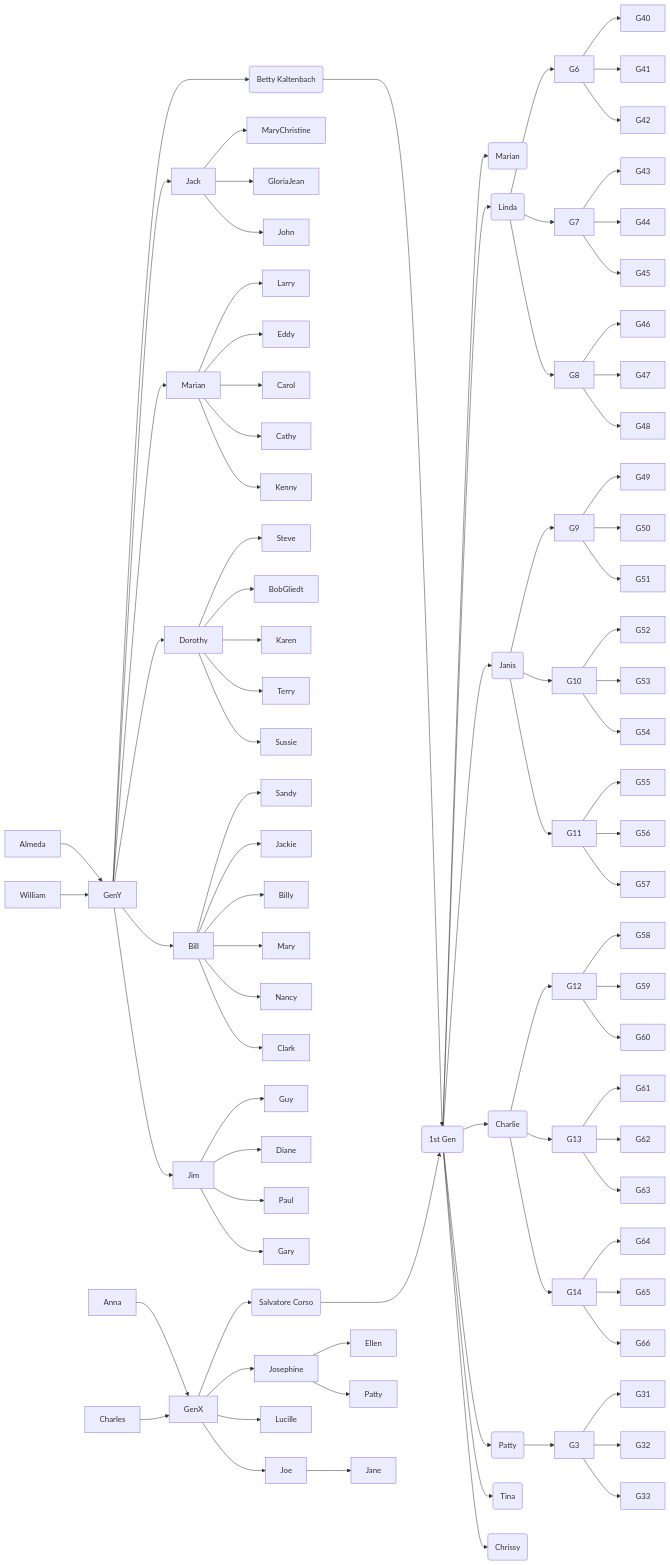
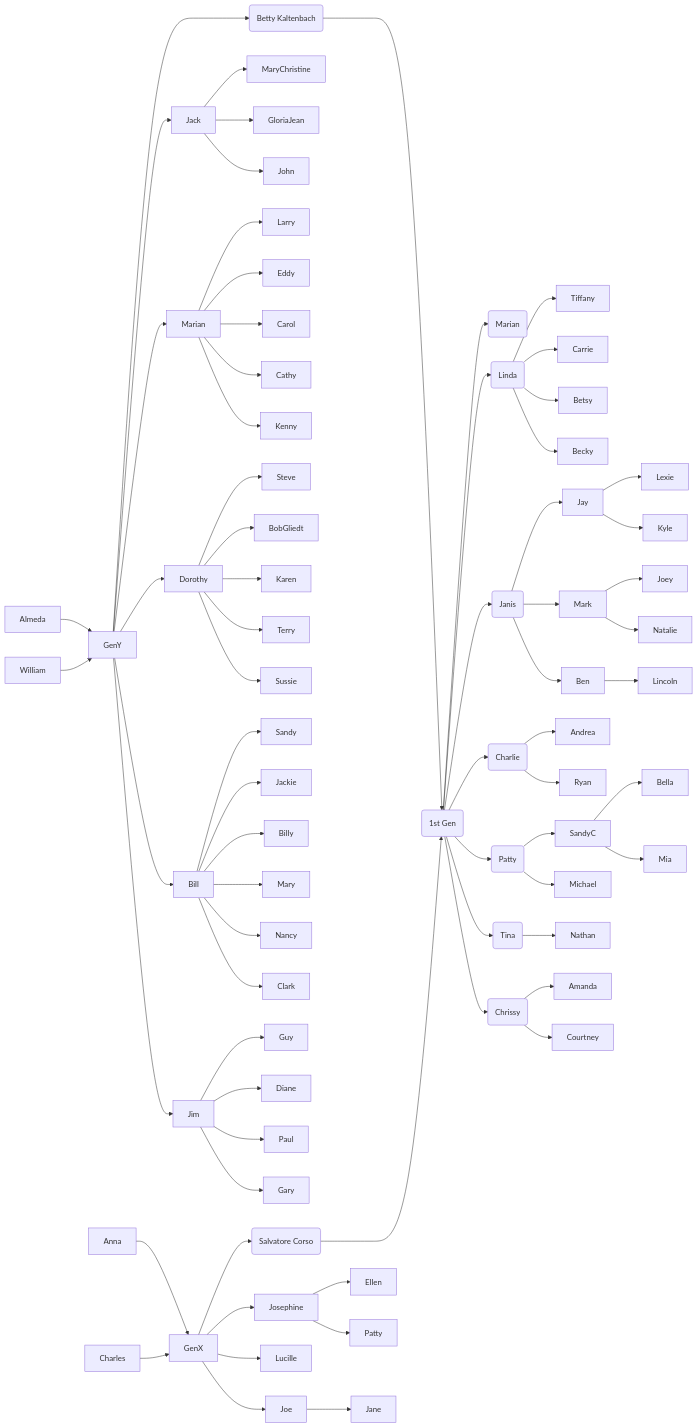
The diagram in _posts/2023-03-04-Family Genealogy.md (corsokalte/corsokalte.github.io), drawn with Mermaid before and after one commit.

Commit message:
Added a generation

````diff
--- a/_posts/2023-03-04-Family Genealogy.md
+++ b/_posts/2023-03-04-Family Genealogy.md
@@ -76,59 +76,34 @@
 G2 --> S6(Tina)
 G2 --> S7(Chrissy)
 
-S5(Patty) --> G3
+S2 --> Tiffany
+S2 --> Carrie
+S2 --> Betsy
+S2 --> Becky
 
+S3 --> Jay
+Jay --> Lexie
+Jay --> Kyle
+S3 --> Mark
+Mark --> Joey
+Mark --> Natalie
+S3 --> Ben
 
-S2 --> G6
-S2 --> G7
-S2 --> G8
+Ben --> Lincoln
 
-S3 --> G9
-S3 --> G10
-S3 --> G11
+S4 --> Andrea
+S4 --> Ryan
 
-S4 --> G12
-S4 --> G13
-S4 --> G14
+S5 --> SandyC
 
-G3 --> G31
-G3 --> G32
-G3 --> G33
+SandyC --> Bella
+SandyC --> Mia
 
-G6 --> G40
-G6 --> G41
-G6 --> G42
+S5 --> Michael
 
-G7 --> G43
-G7 --> G44
-G7 --> G45
+S6 --> Nathan
 
+S7 --> Amanda
+S7 --> Courtney
 
-G8 --> G46
-G8 --> G47
-G8 --> G48
-
-G9 --> G49
-G9 --> G50
-G9 --> G51
-
-G10 --> G52
-G10 --> G53
-G10 --> G54
-
-G11 --> G55
-G11 --> G56
-G11 --> G57
-
-G12 --> G58
-G12 --> G59
-G12 --> G60
-
-G13 --> G61
-G13 --> G62
-G13 --> G63
-
-G14 --> G64
-G14 --> G65
-G14 --> G66
 ```
````
